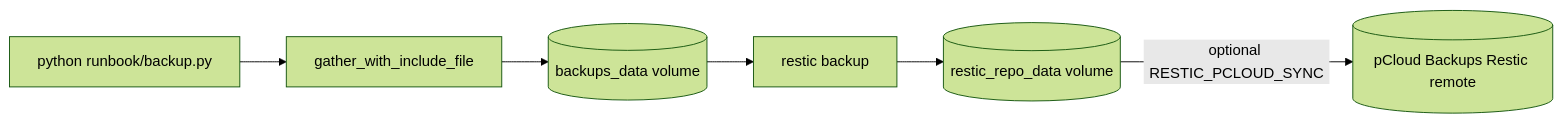
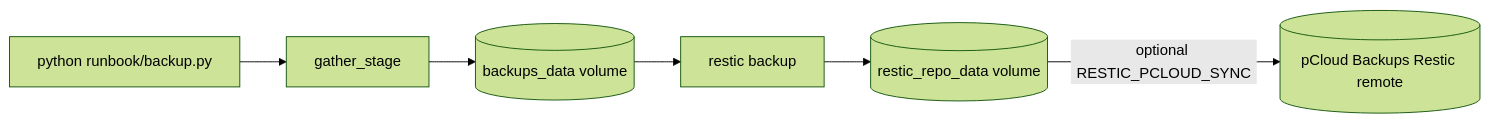
One commit to BinaryBand/server-apps changed the second of 4 diagrams in README.md. Above: the diagram before and after it, drawn with Mermaid (forest theme). The commit also changed other lines of this file and 40 other files, not shown here.

````diff
--- a/README.md
+++ b/README.md
@@ -66,16 +76,16 @@
 ```mermaid
 flowchart LR
 
 backup[python runbook/backup.py]
-gather[gather_with_include_file]
+gather[gather_stage]
 staging[(backups_data volume)]
 restic[restic backup]
 repo[(restic_repo_data volume)]
 remote_repo[(pCloud Backups Restic remote)]
 
 backup --> gather
 gather --> staging
 staging --> restic
 restic --> repo
 repo -->|optional RESTIC_PCLOUD_SYNC| remote_repo
 ```
````
